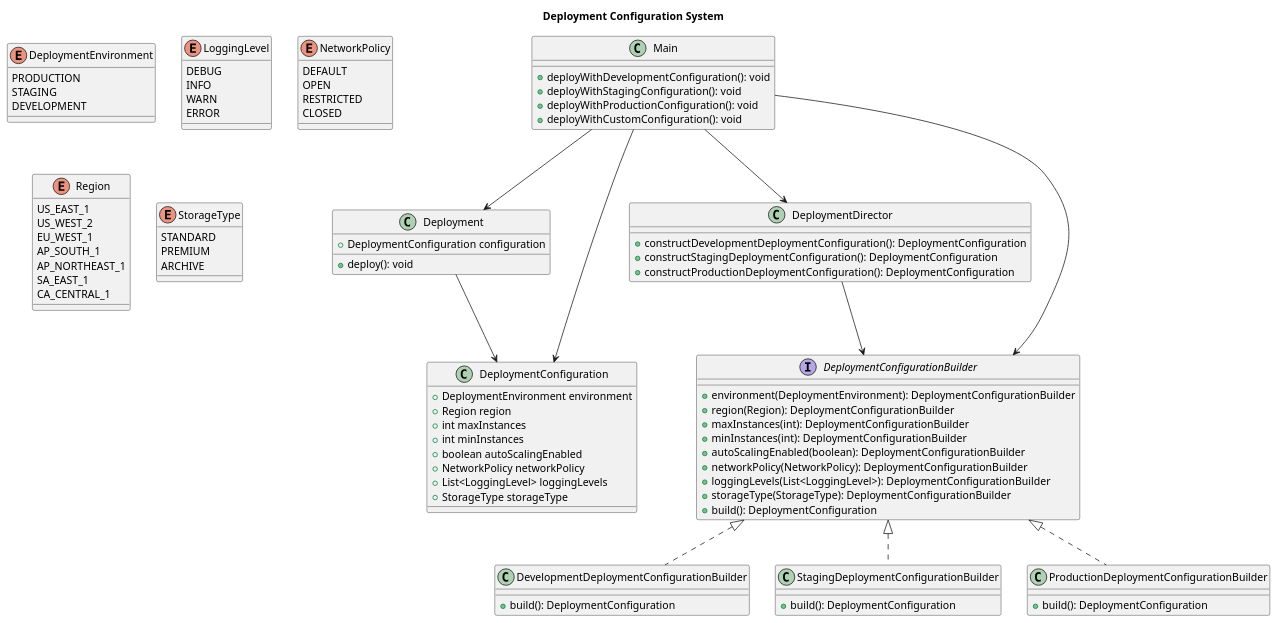
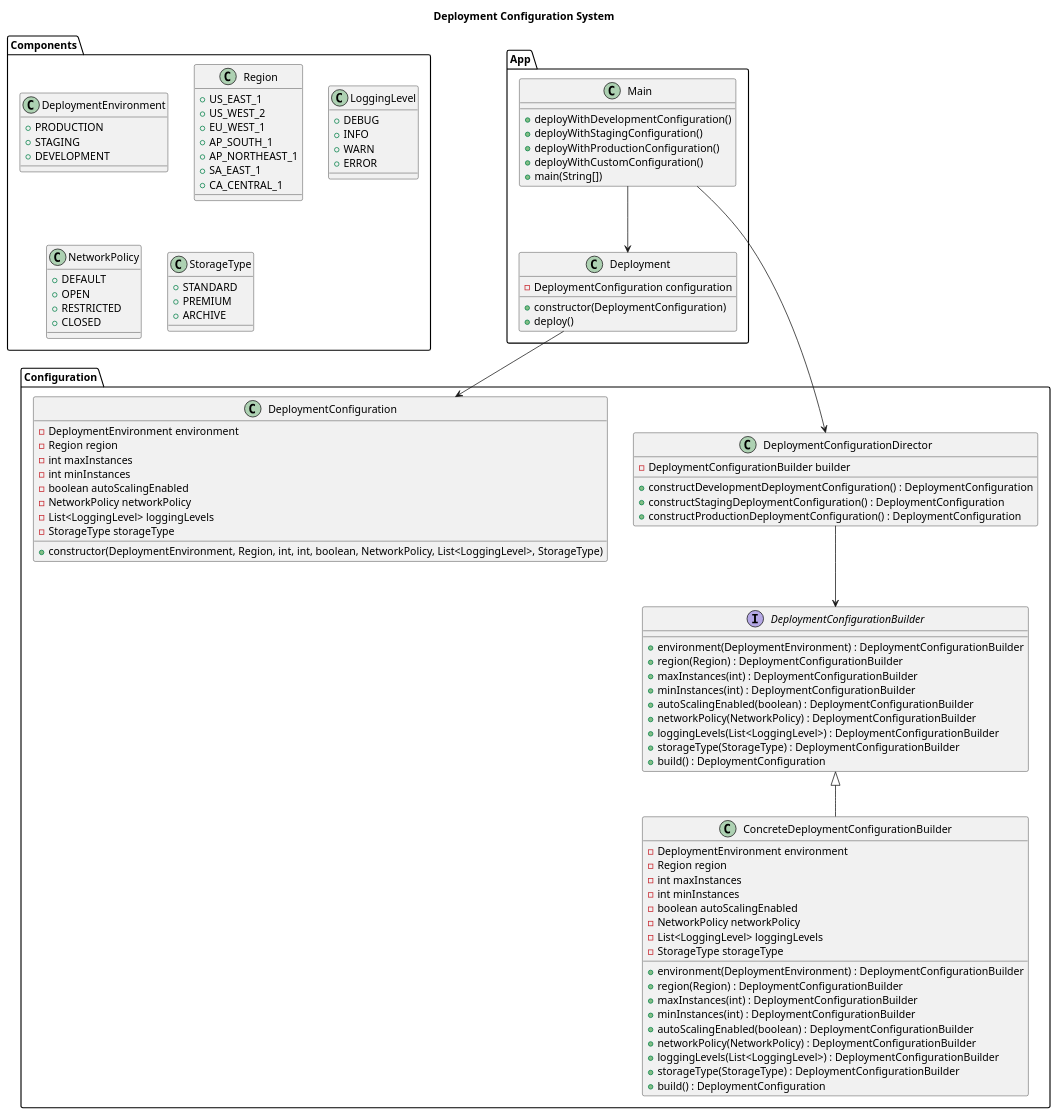
One commit to asifjoardar/Design-Patterns-Palette changed the diagram in builder/deployment/deployment-config-builder.puml. Above: the diagram before and after it, drawn with PlantUML. The commit also changed 1 other file, not shown here.

Commit message:
fix uml diagram and puml file

```diff
--- a/builder/deployment/deployment-config-builder.puml
+++ b/builder/deployment/deployment-config-builder.puml
@@ -1,107 +1,121 @@
 @startuml
 title Deployment Configuration System
 
-' Enums
-enum DeploymentEnvironment {
-    PRODUCTION
-    STAGING
-    DEVELOPMENT
+' Define components (Enums)
+package "Components" {
+    class DeploymentEnvironment {
+        +PRODUCTION
+        +STAGING
+        +DEVELOPMENT
+    }
+
+    class Region {
+        +US_EAST_1
+        +US_WEST_2
+        +EU_WEST_1
+        +AP_SOUTH_1
+        +AP_NORTHEAST_1
+        +SA_EAST_1
+        +CA_CENTRAL_1
+    }
+
+    class LoggingLevel {
+        +DEBUG
+        +INFO
+        +WARN
+        +ERROR
+    }
+
+    class NetworkPolicy {
+        +DEFAULT
+        +OPEN
+        +RESTRICTED
+        +CLOSED
+    }
+
+    class StorageType {
+        +STANDARD
+        +PREMIUM
+        +ARCHIVE
+    }
 }
 
-enum LoggingLevel {
-    DEBUG
-    INFO
-    WARN
-    ERROR
+' Define the main configuration classes
+package "Configuration" {
+    interface DeploymentConfigurationBuilder {
+        +environment(DeploymentEnvironment) : DeploymentConfigurationBuilder
+        +region(Region) : DeploymentConfigurationBuilder
+        +maxInstances(int) : DeploymentConfigurationBuilder
+        +minInstances(int) : DeploymentConfigurationBuilder
+        +autoScalingEnabled(boolean) : DeploymentConfigurationBuilder
+        +networkPolicy(NetworkPolicy) : DeploymentConfigurationBuilder
+        +loggingLevels(List<LoggingLevel>) : DeploymentConfigurationBuilder
+        +storageType(StorageType) : DeploymentConfigurationBuilder
+        +build() : DeploymentConfiguration
+    }
+
+    class ConcreteDeploymentConfigurationBuilder {
+        - DeploymentEnvironment environment
+        - Region region
+        - int maxInstances
+        - int minInstances
+        - boolean autoScalingEnabled
+        - NetworkPolicy networkPolicy
+        - List<LoggingLevel> loggingLevels
+        - StorageType storageType
+        +environment(DeploymentEnvironment) : DeploymentConfigurationBuilder
+        +region(Region) : DeploymentConfigurationBuilder
+        +maxInstances(int) : DeploymentConfigurationBuilder
+        +minInstances(int) : DeploymentConfigurationBuilder
+        +autoScalingEnabled(boolean) : DeploymentConfigurationBuilder
+        +networkPolicy(NetworkPolicy) : DeploymentConfigurationBuilder
+        +loggingLevels(List<LoggingLevel>) : DeploymentConfigurationBuilder
+        +storageType(StorageType) : DeploymentConfigurationBuilder
+        +build() : DeploymentConfiguration
+    }
+
+    class DeploymentConfiguration {
+        - DeploymentEnvironment environment
+        - Region region
+        - int maxInstances
+        - int minInstances
+        - boolean autoScalingEnabled
+        - NetworkPolicy networkPolicy
+        - List<LoggingLevel> loggingLevels
+        - StorageType storageType
+        +constructor(DeploymentEnvironment, Region, int, int, boolean, NetworkPolicy, List<LoggingLevel>, StorageType)
+    }
+
+    class DeploymentConfigurationDirector {
+        - DeploymentConfigurationBuilder builder
+        +constructDevelopmentDeploymentConfiguration() : DeploymentConfiguration
+        +constructStagingDeploymentConfiguration() : DeploymentConfiguration
+        +constructProductionDeploymentConfiguration() : DeploymentConfiguration
+    }
 }
 
-enum NetworkPolicy {
-    DEFAULT
-    OPEN
-    RESTRICTED
-    CLOSED
-}
+' Define the classes for deployment execution
+package "App" {
+    class Deployment {
+        - DeploymentConfiguration configuration
+        +constructor(DeploymentConfiguration)
+        +deploy()
+    }
 
-enum Region {
-    US_EAST_1
-    US_WEST_2
-    EU_WEST_1
-    AP_SOUTH_1
-    AP_NORTHEAST_1
-    SA_EAST_1
-    CA_CENTRAL_1
-}
-
-enum StorageType {
-    STANDARD
-    PREMIUM
-    ARCHIVE
-}
-
-' Classes
-class DeploymentConfiguration {
-    + DeploymentEnvironment environment
-    + Region region
-    + int maxInstances
-    + int minInstances
-    + boolean autoScalingEnabled
-    + NetworkPolicy networkPolicy
-    + List<LoggingLevel> loggingLevels
-    + StorageType storageType
-}
-
-interface DeploymentConfigurationBuilder {
-    + environment(DeploymentEnvironment): DeploymentConfigurationBuilder
-    + region(Region): DeploymentConfigurationBuilder
-    + maxInstances(int): DeploymentConfigurationBuilder
-    + minInstances(int): DeploymentConfigurationBuilder
-    + autoScalingEnabled(boolean): DeploymentConfigurationBuilder
-    + networkPolicy(NetworkPolicy): DeploymentConfigurationBuilder
-    + loggingLevels(List<LoggingLevel>): DeploymentConfigurationBuilder
-    + storageType(StorageType): DeploymentConfigurationBuilder
-    + build(): DeploymentConfiguration
-}
-
-class DevelopmentDeploymentConfigurationBuilder {
-    + build(): DeploymentConfiguration
-}
-
-class StagingDeploymentConfigurationBuilder {
-    + build(): DeploymentConfiguration
-}
-
-class ProductionDeploymentConfigurationBuilder {
-    + build(): DeploymentConfiguration
-}
-
-class DeploymentDirector {
-    + constructDevelopmentDeploymentConfiguration(): DeploymentConfiguration
-    + constructStagingDeploymentConfiguration(): DeploymentConfiguration
-    + constructProductionDeploymentConfiguration(): DeploymentConfiguration
-}
-
-class Deployment {
-    + DeploymentConfiguration configuration
-    + deploy(): void
-}
-
-class Main {
-    + deployWithDevelopmentConfiguration(): void
-    + deployWithStagingConfiguration(): void
-    + deployWithProductionConfiguration(): void
-    + deployWithCustomConfiguration(): void
+    class Main {
+        +deployWithDevelopmentConfiguration()
+        +deployWithStagingConfiguration()
+        +deployWithProductionConfiguration()
+        +deployWithCustomConfiguration()
+        +main(String[])
+    }
 }
 
 ' Relationships
-DeploymentConfigurationBuilder <|.. DevelopmentDeploymentConfigurationBuilder
-DeploymentConfigurationBuilder <|.. StagingDeploymentConfigurationBuilder
-DeploymentConfigurationBuilder <|.. ProductionDeploymentConfigurationBuilder
-
-DeploymentDirector --> DeploymentConfigurationBuilder
+DeploymentConfigurationBuilder <|-- ConcreteDeploymentConfigurationBuilder
+DeploymentConfigurationDirector --> DeploymentConfigurationBuilder
 Deployment --> DeploymentConfiguration
-Main --> DeploymentDirector
 Main --> Deployment
-Main --> DeploymentConfigurationBuilder
-Main --> DeploymentConfiguration
+Main --> DeploymentConfigurationDirector
 
 @enduml
```
